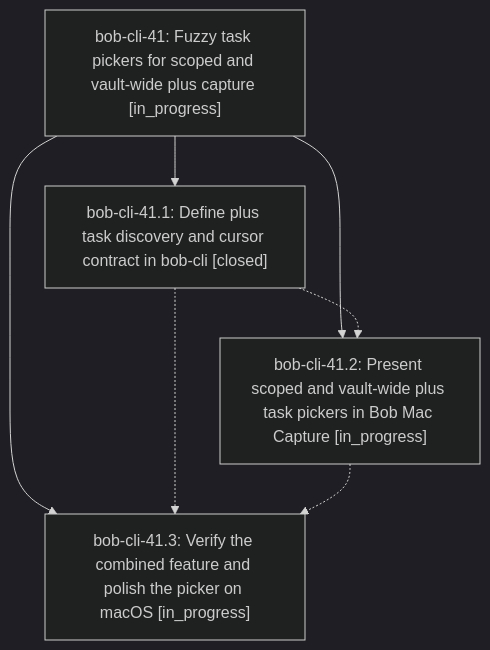
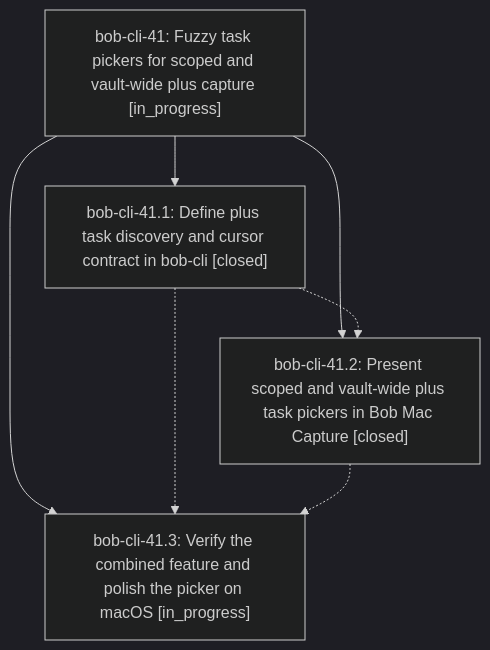
The diagram in pages/bob-cli-41/README.md (bobs-org/bob-cli--beads), drawn with Mermaid (dark theme) before and after one commit. The commit also changed other lines of this file and 3 other files, not shown here.

First line of the commit message:
chore(beads): sync bead state and pages for bob-cli-41

````diff
--- a/pages/bob-cli-41/README.md
+++ b/pages/bob-cli-41/README.md
@@ -24,13 +24,13 @@
 ```mermaid
 flowchart TD
     n0["bob-cli-41: Fuzzy task pickers for scoped and vault-wide plus capture [in_progress]"]
     n1["bob-cli-41.1: Define plus task discovery and cursor contract in bob-cli [closed]"]
-    n2["bob-cli-41.2: Present scoped and vault-wide plus task pickers in Bob Mac Capture [in_progress]"]
+    n2["bob-cli-41.2: Present scoped and vault-wide plus task pickers in Bob Mac Capture [closed]"]
     n3["bob-cli-41.3: Verify the combined feature and polish the picker on macOS [in_progress]"]
     n0 --> n1
     n0 --> n2
     n0 --> n3
     n1 -.-> n2
     n1 -.-> n3
     n2 -.-> n3
 ```
````
